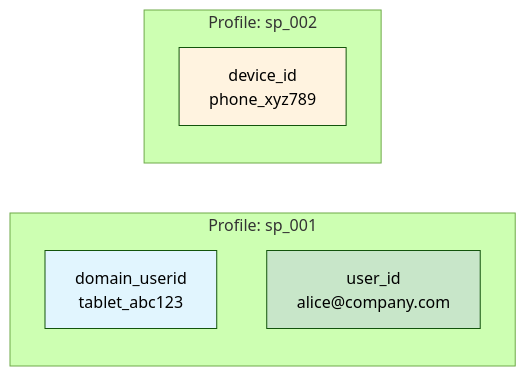
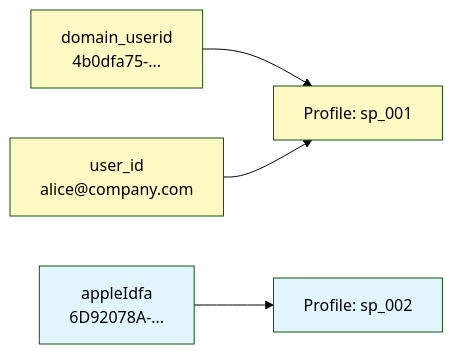
Before and after one commit to snowplow/documentation: the third of 7 diagrams in docs/identities/concepts/index.md, drawn with Mermaid (forest theme). The commit also changed other lines of this file, not shown here.

````diff
--- a/docs/identities/concepts/index.md
+++ b/docs/identities/concepts/index.md
@@ -137,18 +143,21 @@
 ```mermaid
 graph LR
-    subgraph "Profile: sp_001"
-        A["domain_userid
-        tablet_abc123"]
-        B["user_id
-        alice@company.com"]
-    end
+    A["domain_userid
+    4b0dfa75-..."]
+    B["user_id
+    alice@company.com"]
+    C["appleIdfa
+    6D92078A-..."]
+    P1["Profile: sp_001"]
+    P2["Profile: sp_002"]
 
-    subgraph "Profile: sp_002"
-        C["device_id
-        phone_xyz789"]
-    end
+    A --> P1
+    B --> P1
+    C --> P2
 
-    style A fill:#e1f5fe
-    style B fill:#c8e6c9
-    style C fill:#fff3e0
+    style A fill:#fff9c4
+    style B fill:#fff9c4
+    style C fill:#e1f5fe
+    style P1 fill:#fff9c4
+    style P2 fill:#e1f5fe
 ```
````
